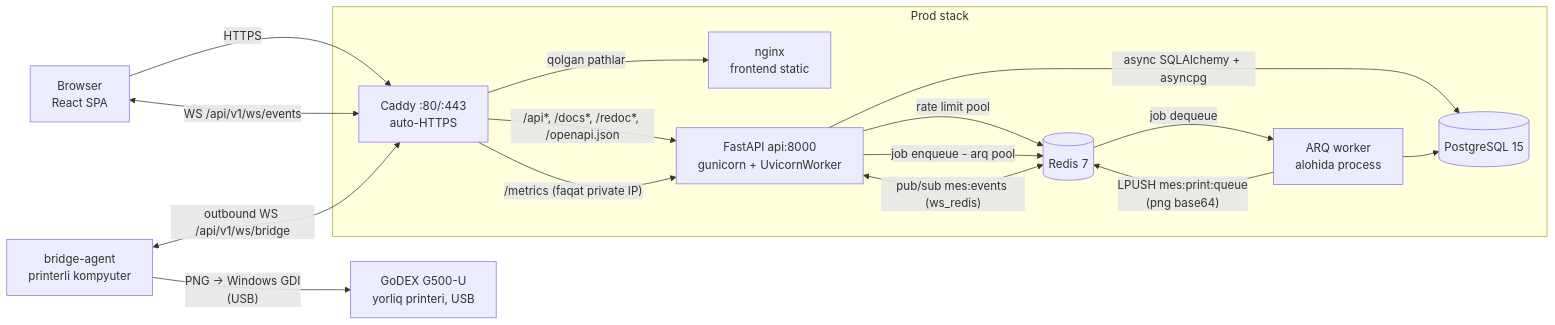
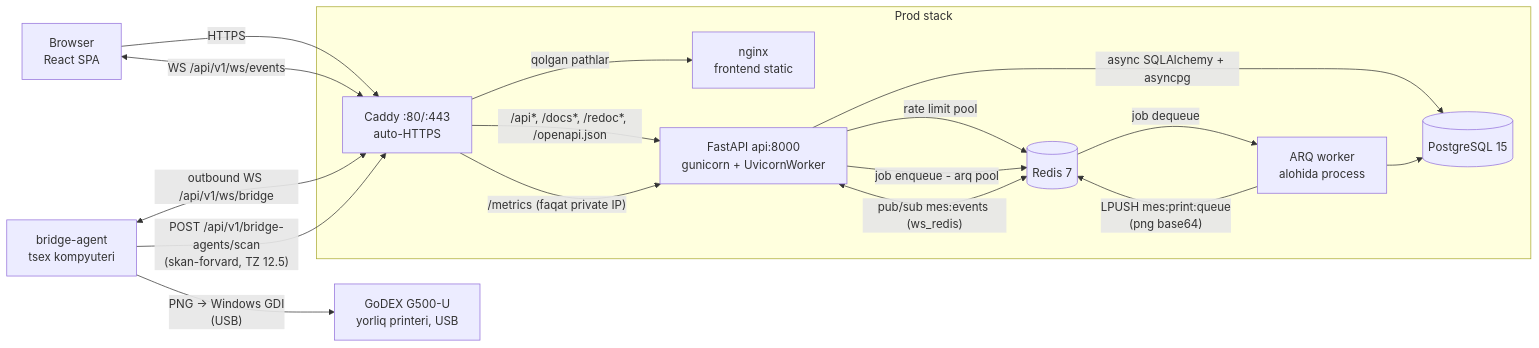
Before and after one commit to jasper2233/mebelix-eko-tizim: the diagram in docs/01-architecture.md, drawn with Mermaid. The commit also changed other lines of this file and 12 other files, not shown here.

````diff
--- a/docs/01-architecture.md
+++ b/docs/01-architecture.md
@@ -88,30 +88,31 @@
 ```mermaid
 flowchart LR
     B[Browser<br/>React SPA]
-    G[bridge-agent<br/>printerli kompyuter]
+    G[bridge-agent<br/>tsex kompyuteri]
     PR[GoDEX G500-U<br/>yorliq printeri, USB]
 
     subgraph Prod stack
         C[Caddy :80/:443<br/>auto-HTTPS]
         N[nginx<br/>frontend static]
         A[FastAPI api:8000<br/>gunicorn + UvicornWorker]
         W[ARQ worker<br/>alohida process]
         P[(PostgreSQL 15)]
         R[(Redis 7)]
     end
 
     B -->|HTTPS| C
     B <-->|"WS /api/v1/ws/events"| C
     G <-->|"outbound WS /api/v1/ws/bridge"| C
+    G -->|"POST /api/v1/bridge-agents/scan<br/>(skan-forvard, TZ 12.5)"| C
     G -->|"PNG -> Windows GDI<br/>(USB)"| PR
     C -->|"/api*, /docs*, /redoc*, /openapi.json"| A
     C -->|"/metrics (faqat private IP)"| A
     C -->|qolgan pathlar| N
     A -->|async SQLAlchemy + asyncpg| P
     A -->|rate limit pool| R
     A -->|job enqueue - arq pool| R
     A <-->|"pub/sub mes:events (ws_redis)"| R
     R -->|job dequeue| W
     W -->|"LPUSH mes:print:queue<br/>(png base64)"| R
     W --> P
 ```
````
